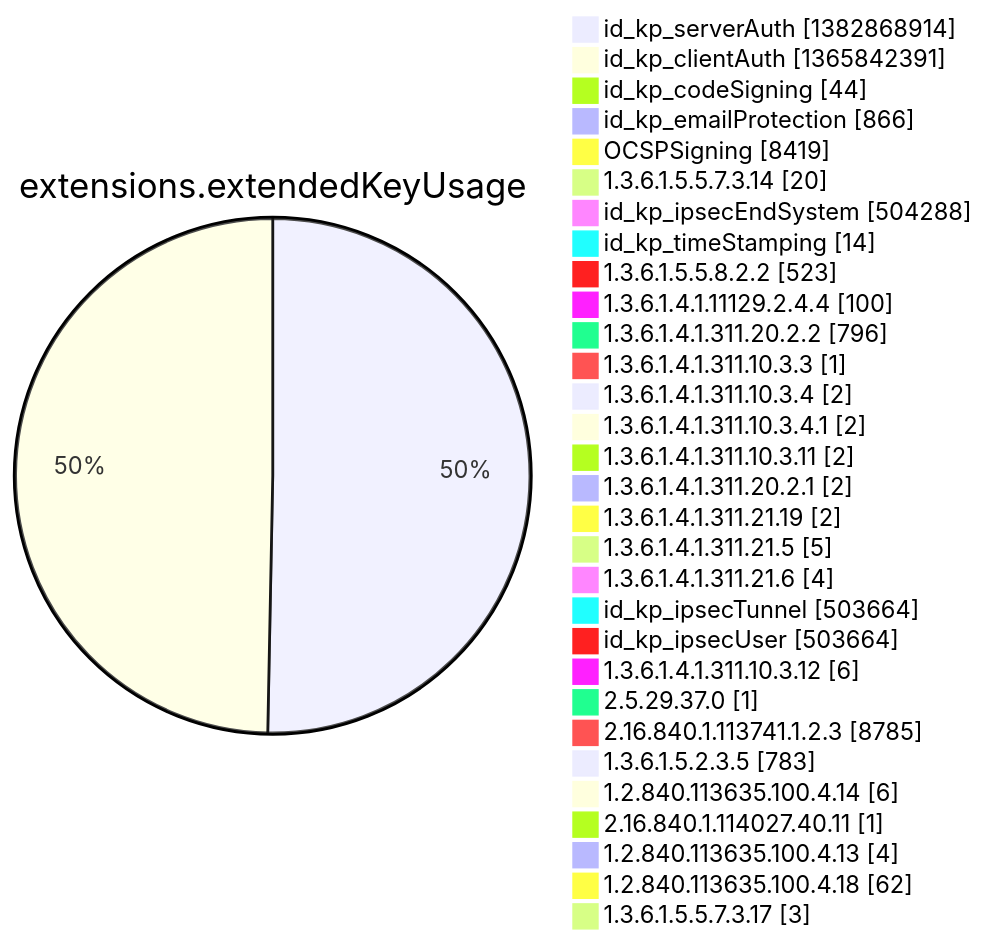
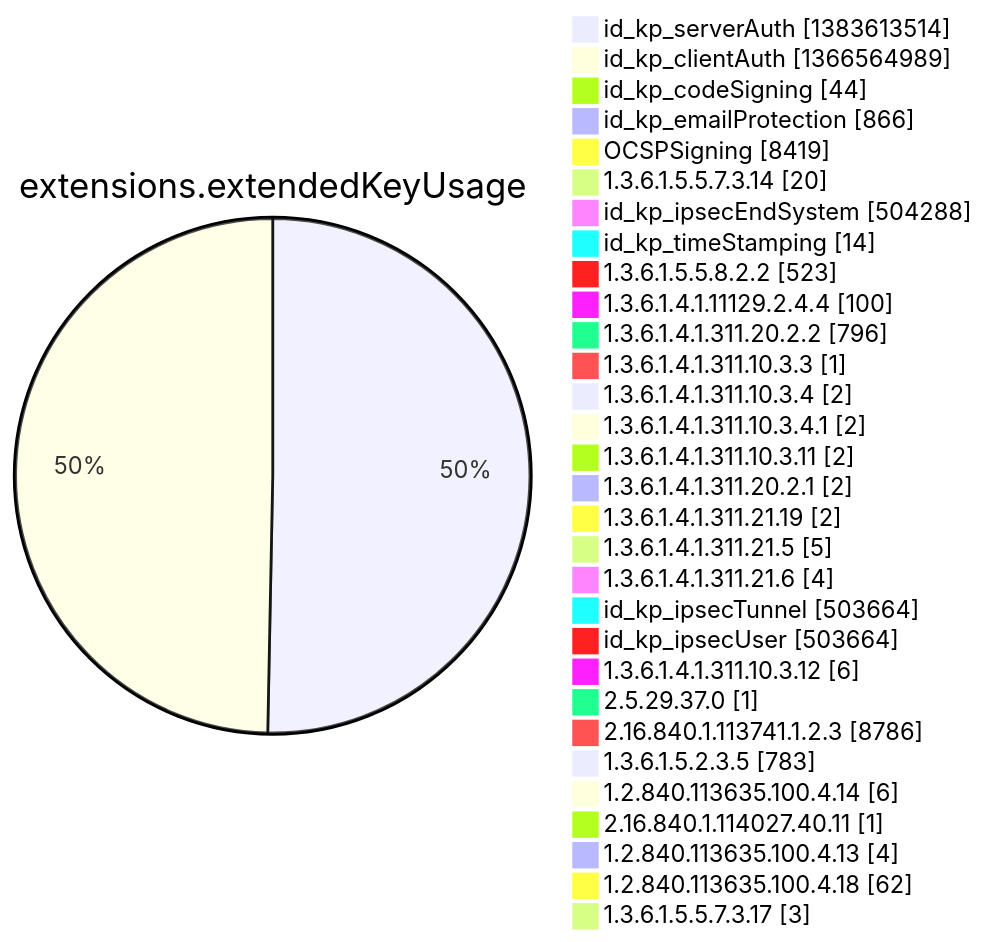
One commit to christiankrug/ctmonitor_visualization changed diagram 12 of 15 in argon2022/README.md. Above: the diagram before and after it, drawn with Mermaid. The commit also changed other lines of this file, not shown here.

````diff
--- a/argon2022/README.md
+++ b/argon2022/README.md
@@ -3554,34 +3554,34 @@
 ```mermaid
 pie showData
 title extensions.extendedKeyUsage
-"id_kp_serverAuth" :1382868914
-"id_kp_clientAuth" :1365842391
+"id_kp_serverAuth" :1383613514
+"id_kp_clientAuth" :1366564989
 "id_kp_codeSigning" :44
 "id_kp_emailProtection" :866
 "OCSPSigning" :8419
 "1.3.6.1.5.5.7.3.14" :20
 "id_kp_ipsecEndSystem" :504288
 "id_kp_timeStamping" :14
 "1.3.6.1.5.5.8.2.2" :523
 "1.3.6.1.4.1.11129.2.4.4" :100
 "1.3.6.1.4.1.311.20.2.2" :796
 "1.3.6.1.4.1.311.10.3.3" :1
 "1.3.6.1.4.1.311.10.3.4" :2
 "1.3.6.1.4.1.311.10.3.4.1" :2
 "1.3.6.1.4.1.311.10.3.11" :2
 "1.3.6.1.4.1.311.20.2.1" :2
 "1.3.6.1.4.1.311.21.19" :2
 "1.3.6.1.4.1.311.21.5" :5
 "1.3.6.1.4.1.311.21.6" :4
 "id_kp_ipsecTunnel" :503664
 "id_kp_ipsecUser" :503664
 "1.3.6.1.4.1.311.10.3.12" :6
 "2.5.29.37.0" :1
-"2.16.840.1.113741.1.2.3" :8785
+"2.16.840.1.113741.1.2.3" :8786
 "1.3.6.1.5.2.3.5" :783
 "1.2.840.113635.100.4.14" :6
 "2.16.840.1.114027.40.11" :1
 "1.2.840.113635.100.4.13" :4
 "1.2.840.113635.100.4.18" :62
 "1.3.6.1.5.5.7.3.17" :3
 ```
````
